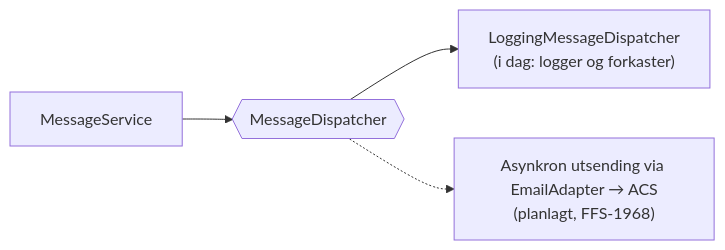
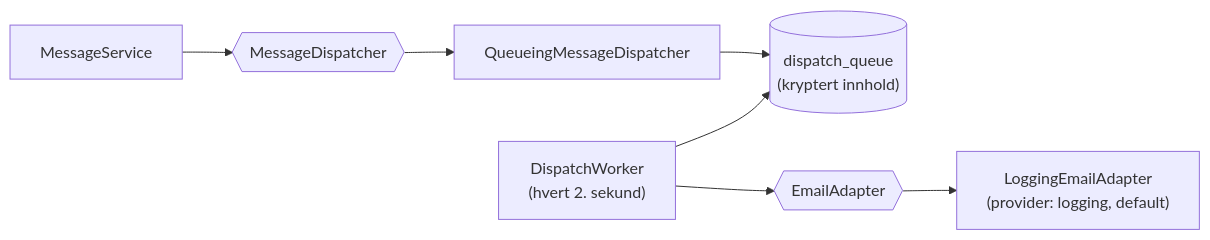
The eighth of 14 diagrams in docs/architecture.md (FINTLabs/fint-communication-service), drawn with Mermaid before and after one commit. The commit also changed other lines of this file and 32 other files, not shown here.

First line of the commit message:
feat: dispatch queue with a provider-neutral EmailAdapter

````diff
--- a/docs/architecture.md
+++ b/docs/architecture.md
@@ -461,6 +489,9 @@
 ```mermaid
 flowchart LR
     MS["MessageService"] --> port{{"MessageDispatcher"}}
-    port --> now["LoggingMessageDispatcher<br/>(i dag: logger og forkaster)"]
-    port -.-> next["Asynkron utsending via EmailAdapter → ACS<br/>(planlagt, FFS-1968)"]
+    port --> queue["QueueingMessageDispatcher"]
+    queue --> table[("dispatch_queue<br/>(kryptert innhold)")]
+    worker["DispatchWorker<br/>(hvert 2. sekund)"] --> table
+    worker --> adapter{{"EmailAdapter"}}
+    adapter --> log["LoggingEmailAdapter<br/>(provider: logging, default)"]
 ```
````
